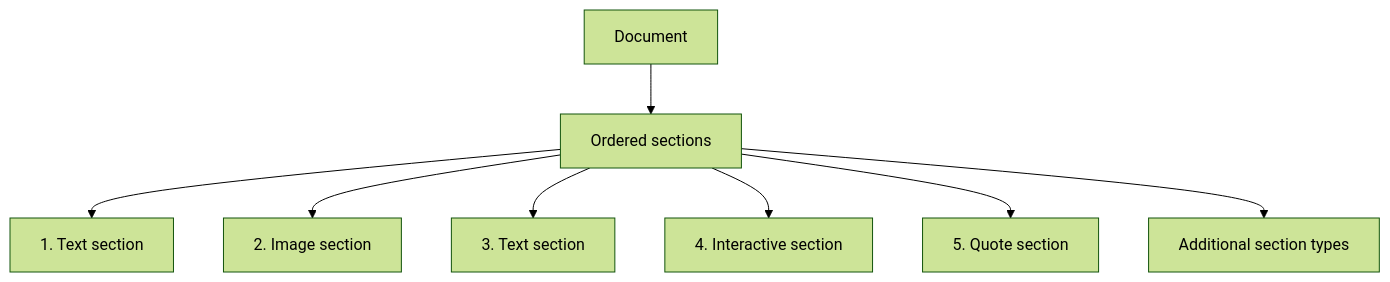
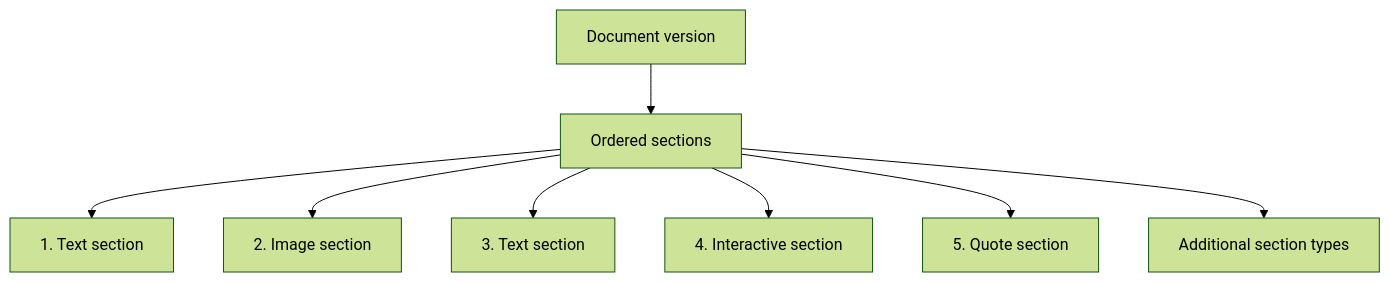
Before and after one commit to Natoandro/verso: the second of 6 diagrams in docs/design/content.md, drawn with Mermaid (forest theme). The commit also changed other lines of this file and 7 other files, not shown here.

````diff
--- a/docs/design/content.md
+++ b/docs/design/content.md
@@ -73,10 +101,10 @@
 ```mermaid
 flowchart TB
-    document["Document"] --> sections["Ordered sections"]
+    version["Document version"] --> sections["Ordered sections"]
     sections --> text1["1. Text section"]
     sections --> image["2. Image section"]
     sections --> text2["3. Text section"]
     sections --> interactive["4. Interactive section"]
     sections --> quote["5. Quote section"]
     sections --> more["Additional section types"]
 ```
````
